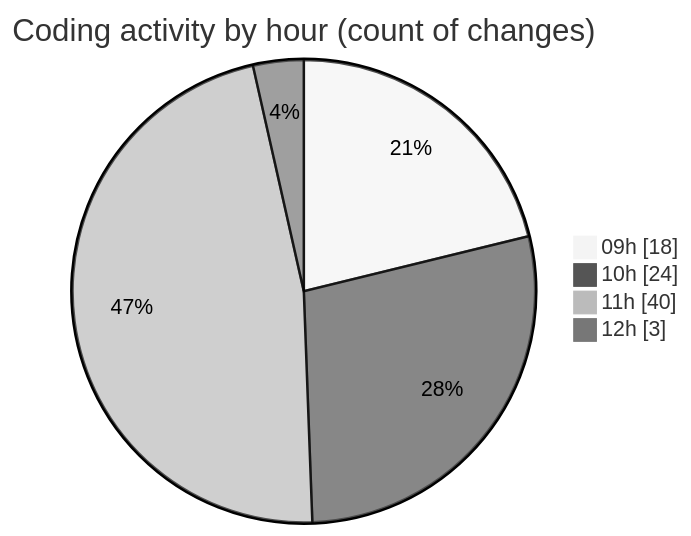
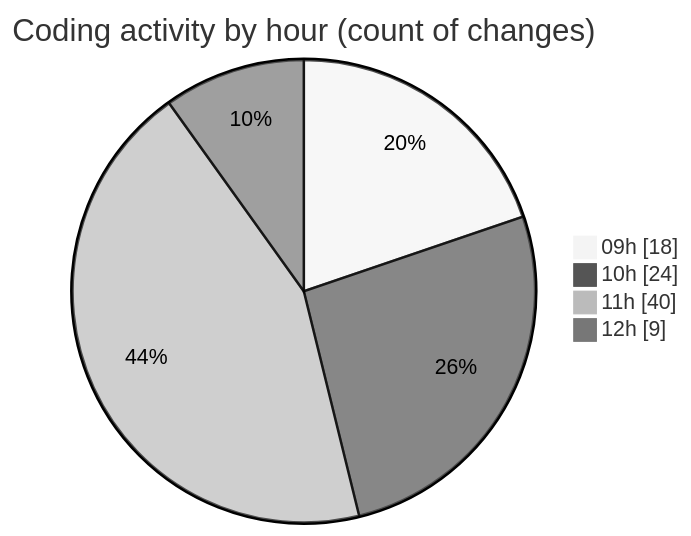
One commit to momahboobian/code-tracking changed the second of 2 diagrams in 2025-09-16/cda/README.md. Above: the diagram before and after it, drawn with Mermaid (neutral theme). The commit also changed other lines of this file and 1 other file, not shown here.

````diff
--- a/2025-09-16/cda/README.md
+++ b/2025-09-16/cda/README.md
@@ -35,8 +35,8 @@
 ```mermaid
 pie showData
 title Coding activity by hour (count of changes)
 "09h" : 18
 "10h" : 24
 "11h" : 40
-"12h" : 3
+"12h" : 9
 ```
````
